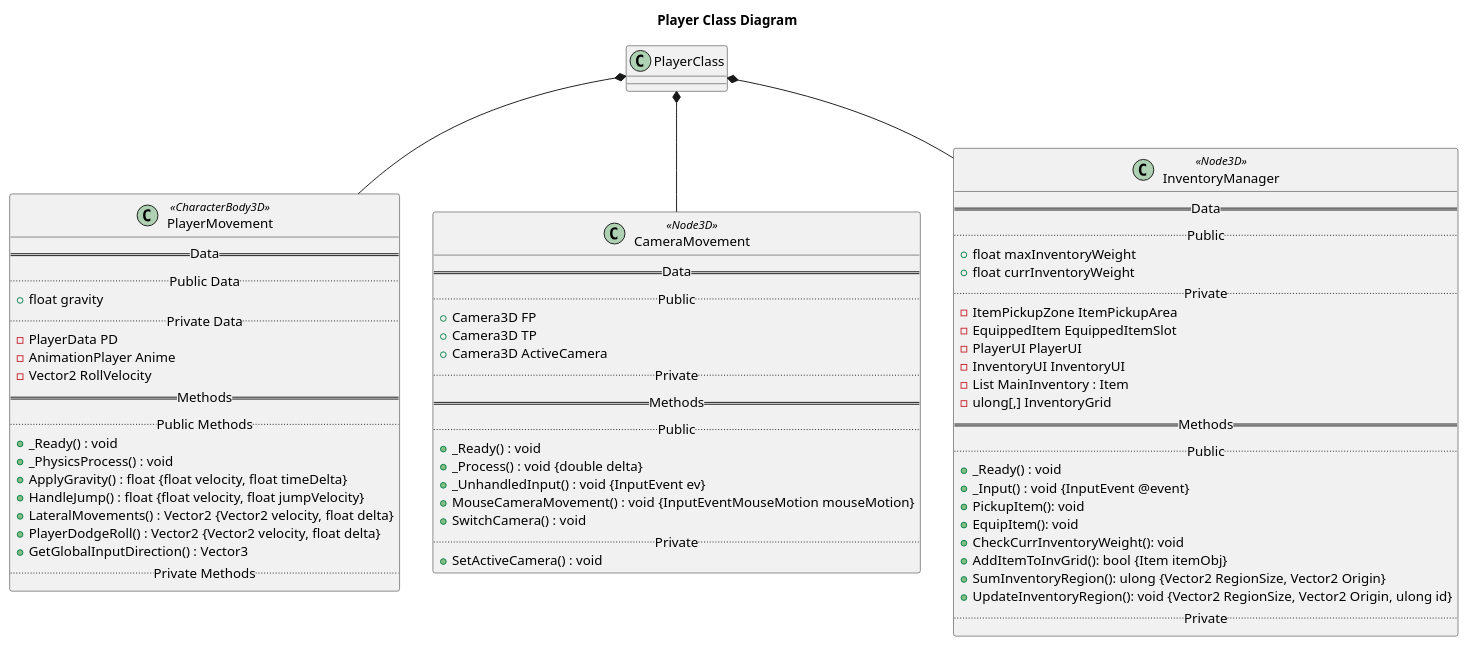
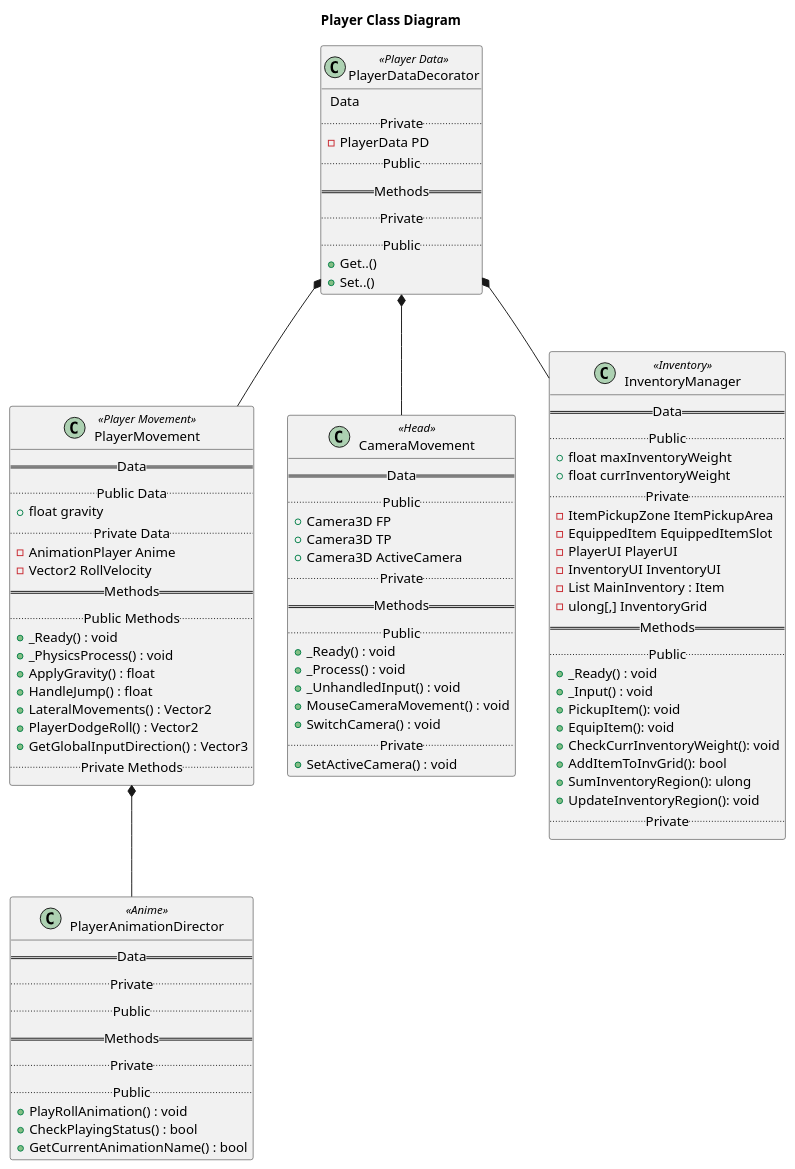
One commit to kjtkanaly/LearningGodot changed the diagram in UML Diagrams/src/Player Class.puml. Above: the diagram before and after it, drawn with PlantUML.

Commit message:
Updates to the Player Class UML

```diff
--- a/UML Diagrams/src/Player Class.puml
+++ b/UML Diagrams/src/Player Class.puml
@@ -1,74 +1,96 @@
 @startuml Player Class
 
 title Player Class Diagram
 
-class PlayerClass
+class PlayerDataDecorator <<Player Data>>{
+    == Data == 
+    .. Private ..
+    - PlayerData PD
+    .. Public ..
+    == Methods ==
+    .. Private ..
+    .. Public ..
+    + Get..()
+    + Set..()
+}
 
-class PlayerMovement <<CharacterBody3D>>{
+class PlayerMovement <<Player Movement>>{
     == Data ==
     .. Public Data ..
     +float gravity
     .. Private Data ..
-    -PlayerData PD
     -AnimationPlayer Anime
     -Vector2 RollVelocity
     == Methods ==
     .. Public Methods ..
     +_Ready() : void
     +_PhysicsProcess() : void 
-    +ApplyGravity() : float {float velocity, float timeDelta}
-    +HandleJump() : float {float velocity, float jumpVelocity}
-    +LateralMovements() : Vector2 {Vector2 velocity, float delta}
-    +PlayerDodgeRoll() : Vector2 {Vector2 velocity, float delta}
+    +ApplyGravity() : float
+    +HandleJump() : float
+    +LateralMovements() : Vector2
+    +PlayerDodgeRoll() : Vector2
     +GetGlobalInputDirection() : Vector3
     .. Private Methods ..
 }
 
-class CameraMovement <<Node3D>>{
+class CameraMovement <<Head>>{
     == Data ==
     .. Public ..
     +Camera3D FP
     +Camera3D TP
     +Camera3D ActiveCamera
     .. Private ..
     == Methods ==
     .. Public ..
     +_Ready() : void
-    +_Process() : void {double delta}
-    +_UnhandledInput() : void {InputEvent ev}
-    +MouseCameraMovement() : void {InputEventMouseMotion mouseMotion}
+    +_Process() : void
+    +_UnhandledInput() : void
+    +MouseCameraMovement() : void
     +SwitchCamera() : void
     .. Private ..
     +SetActiveCamera() : void
 }
 
-class InventoryManager <<Node3D>>{
+class InventoryManager <<Inventory>>{
     == Data ==
     .. Public ..
     +float maxInventoryWeight
     +float currInventoryWeight
     .. Private ..
     -ItemPickupZone ItemPickupArea
     -EquippedItem EquippedItemSlot
     -PlayerUI PlayerUI
     -InventoryUI InventoryUI
     -List MainInventory : Item
     -ulong[,] InventoryGrid
     == Methods ==
     .. Public ..
     +_Ready() : void
-    +_Input() : void {InputEvent @event}
+    +_Input() : void
     +PickupItem(): void 
     +EquipItem(): void
     +CheckCurrInventoryWeight(): void
-    +AddItemToInvGrid(): bool {Item itemObj}
-    +SumInventoryRegion(): ulong {Vector2 RegionSize, Vector2 Origin}
-    +UpdateInventoryRegion(): void {Vector2 RegionSize, Vector2 Origin, ulong id}
+    +AddItemToInvGrid(): bool
+    +SumInventoryRegion(): ulong
+    +UpdateInventoryRegion(): void
     .. Private ..
 }
 
-PlayerClass *-- PlayerMovement
-PlayerClass *-- CameraMovement
-PlayerClass *-- InventoryManager
+class PlayerAnimationDirector <<Anime>> {
+    == Data ==
+    .. Private ..
+    .. Public ..
+    == Methods ==
+    .. Private ..
+    .. Public ..
+    + PlayRollAnimation() : void
+    + CheckPlayingStatus() : bool
+    + GetCurrentAnimationName() : bool
+}
+
+PlayerDataDecorator *-- PlayerMovement
+PlayerDataDecorator *-- CameraMovement
+PlayerDataDecorator *-- InventoryManager
+PlayerMovement *-- PlayerAnimationDirector
 
 @enduml
```
